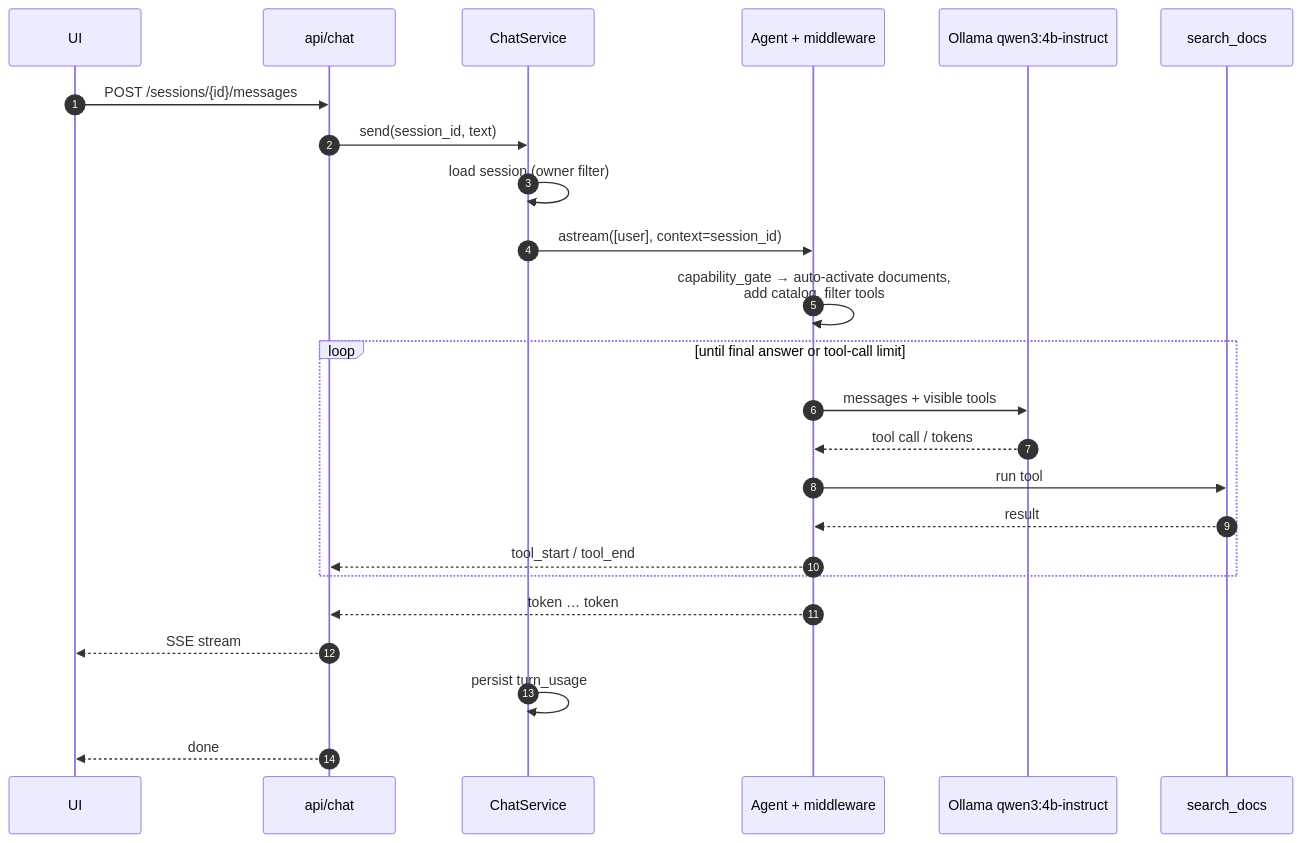
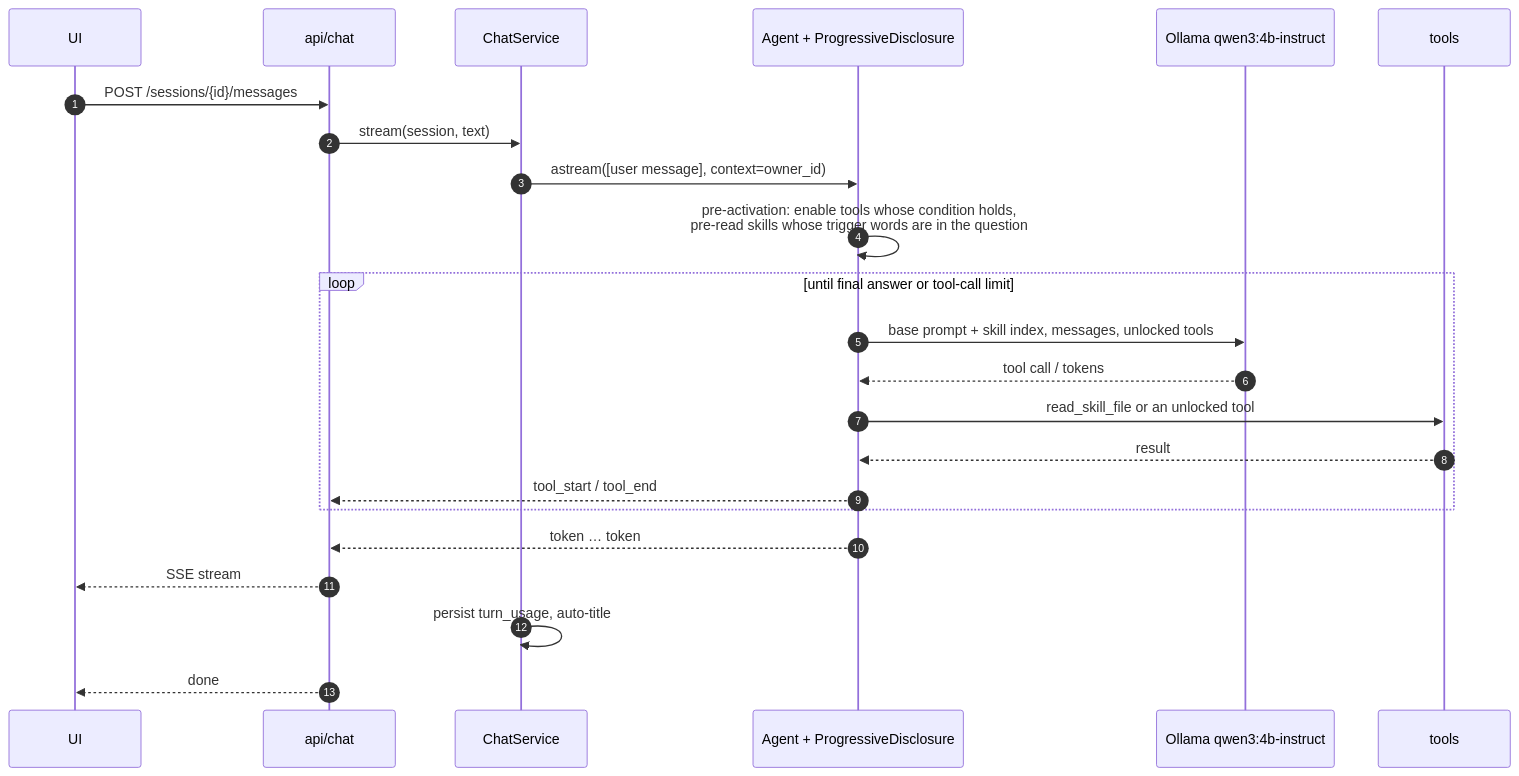
The third of 6 diagrams in docs/architecture.md (reddybharat/agentic-rag), drawn with Mermaid before and after one commit. The commit also changed other lines of this file and 27 other files, not shown here.

Commit message:
Add skills with progressive disclosure, restructure docs 2

````diff
--- a/docs/architecture.md
+++ b/docs/architecture.md
@@ -88,27 +84,26 @@
 ```mermaid
 sequenceDiagram
     autonumber
     participant UI
     participant API as api/chat
     participant Chat as ChatService
-    participant Agent as Agent + middleware
+    participant Agent as Agent + ProgressiveDisclosure
     participant LLM as Ollama qwen3:4b-instruct
-    participant Tools as search_docs
+    participant Tools as tools
 
     UI->>API: POST /sessions/{id}/messages
-    API->>Chat: send(session_id, text)
-    Chat->>Chat: load session (owner filter)
-    Chat->>Agent: astream([user], context=session_id)
-    Agent->>Agent: capability_gate → auto-activate documents,<br/>add catalog, filter tools
+    API->>Chat: stream(session, text)
+    Chat->>Agent: astream([user message], context=owner_id)
+    Agent->>Agent: pre-activation: enable tools whose condition holds,<br/>pre-read skills whose trigger words are in the question
     loop until final answer or tool-call limit
-        Agent->>LLM: messages + visible tools
+        Agent->>LLM: base prompt + skill index, messages, unlocked tools
         LLM-->>Agent: tool call / tokens
-        Agent->>Tools: run tool
+        Agent->>Tools: read_skill_file or an unlocked tool
         Tools-->>Agent: result
         Agent-->>API: tool_start / tool_end
     end
     Agent-->>API: token … token
     API-->>UI: SSE stream
-    Chat->>Chat: persist turn_usage
+    Chat->>Chat: persist turn_usage, auto-title
     API-->>UI: done
 ```
````
